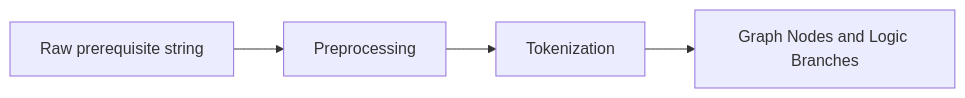
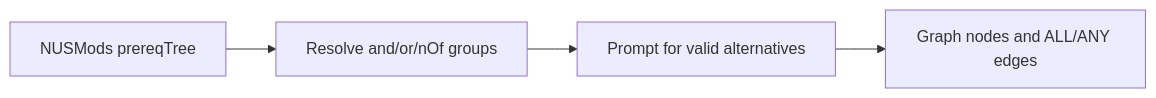
Before and after one commit to arav31/NUS-Tree: the fourth of 14 diagrams in README.md, drawn with Mermaid. The commit also changed other lines of this file and 3 other files, not shown here.

````diff
--- a/README.md
+++ b/README.md
@@ -506,6 +513,6 @@
 ```mermaid
 flowchart LR
-    A[Raw prerequisite string] --> B[Preprocessing]
-    B --> C[Tokenization]
-    C --> D[Graph Nodes and Logic Branches]
+    A[NUSMods prereqTree] --> B[Resolve and/or/nOf groups]
+    B --> C[Prompt for valid alternatives]
+    C --> D[Graph nodes and ALL/ANY edges]
 ```
````
